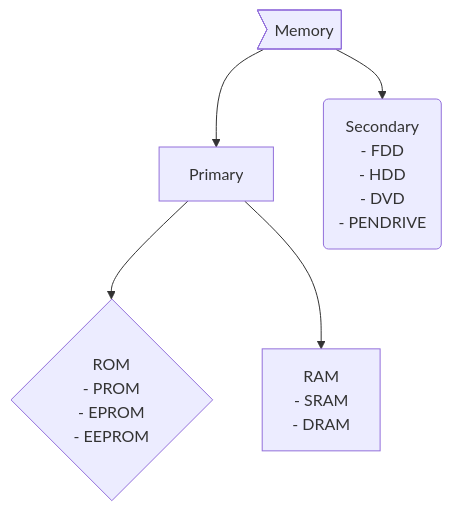
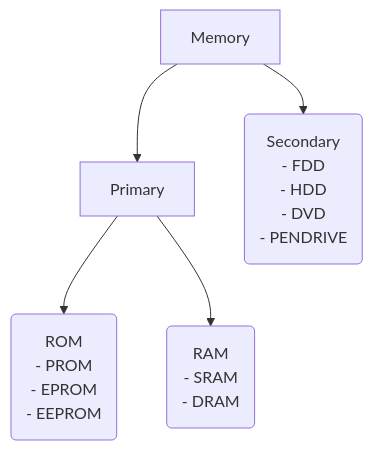
Before and after one commit to gne-ldh/ClassNotes: the diagram in Notes/PPS/Computer_System_Components/Memory_and_Storage_Devices.md, drawn with Mermaid. The commit also changed other lines of this file, not shown here.

````diff
--- a/Notes/PPS/Computer_System_Components/Memory_and_Storage_Devices.md
+++ b/Notes/PPS/Computer_System_Components/Memory_and_Storage_Devices.md
@@ -43,18 +56,18 @@
  ```mermaid
 flowchart TB;
-  A>Memory]-->B[Primary]
+  A[Memory]-->B[Primary]
   A-->C(Secondary
 - FDD
 - HDD
 - DVD
 - PENDRIVE)
-B-->D{ROM
+B-->D(ROM
 - PROM
 - EPROM
-- EEPROM}
-B-->E[RAM
+- EEPROM)
+B-->E(RAM
 - SRAM
-- DRAM]
+- DRAM)
   
 
 ```
````
